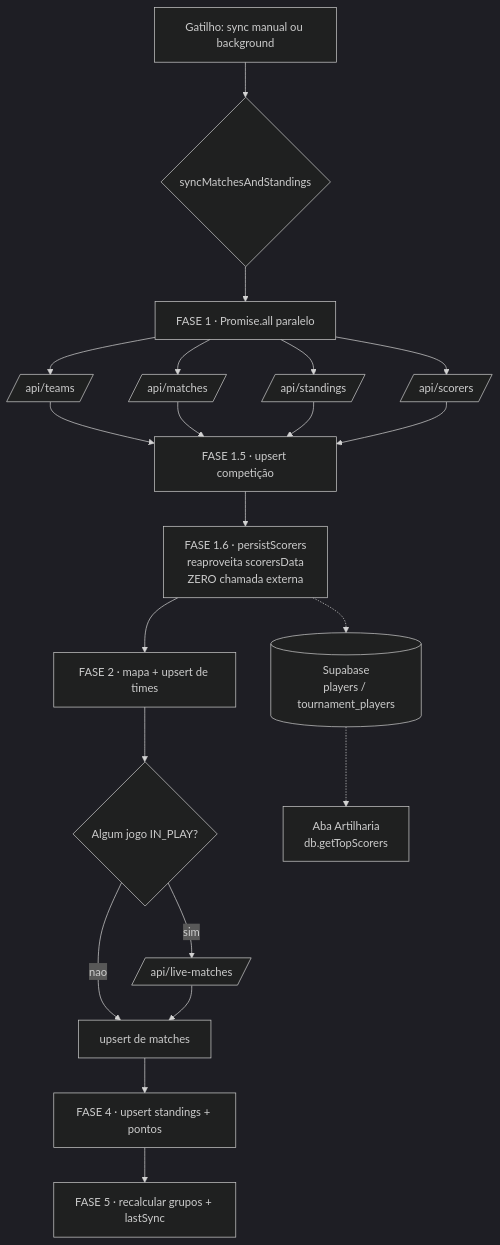
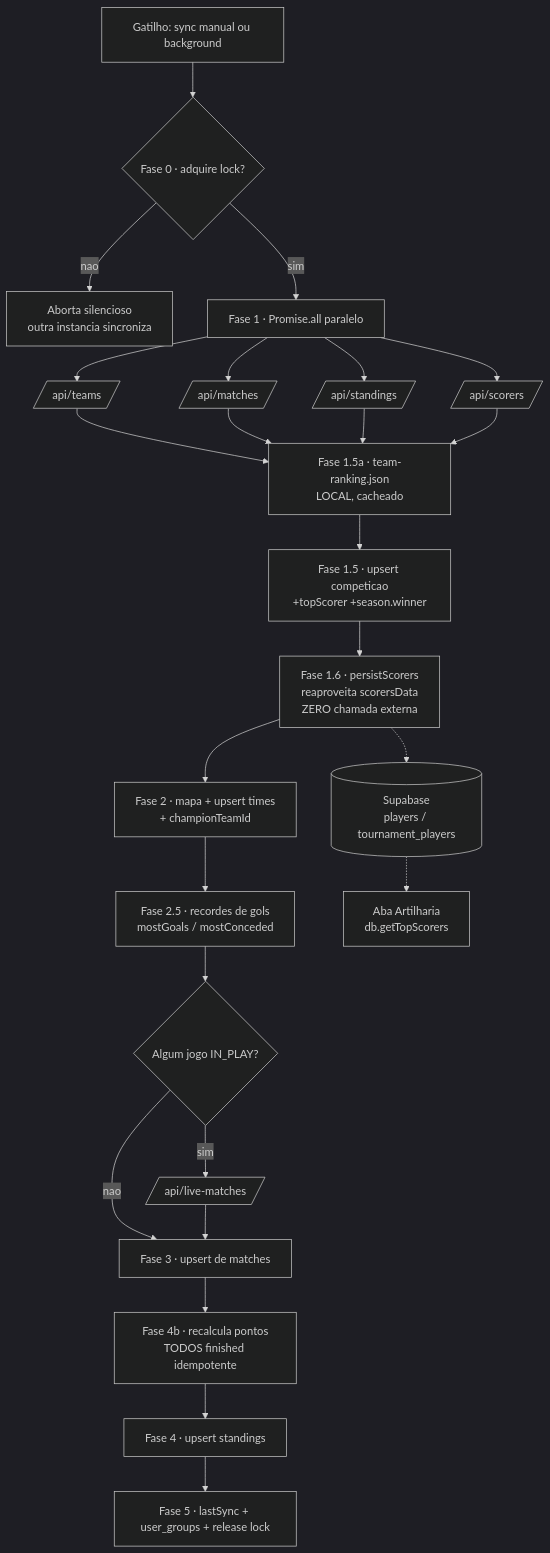
Before and after one commit to fernandofraga109/Bolao: the diagram in docs/architecture/external-api-calls.md, drawn with Mermaid (dark theme). The commit also changed other lines of this file and 2 other files, not shown here.

First line of the commit message:
docs(sync): rewrite external-api-calls spec + Supabase flow

````diff
--- a/docs/architecture/external-api-calls.md
+++ b/docs/architecture/external-api-calls.md
@@ -124,23 +140,27 @@
 ```mermaid
 flowchart TD
-    A[Gatilho: sync manual ou background] --> B{syncMatchesAndStandings}
+    A[Gatilho: sync manual ou background] --> L{Fase 0 · adquire lock?}
+    L -- nao --> X[Aborta silencioso\noutra instancia sincroniza]
+    L -- sim --> P[Fase 1 · Promise.all paralelo]
 
-    B --> P[FASE 1 · Promise.all paralelo]
     P --> T[/api/teams/]
     P --> M[/api/matches/]
     P --> S[/api/standings/]
     P --> SC[/api/scorers/]
 
-    T & M & S & SC --> C[FASE 1.5 · upsert competição]
-    C --> PS[FASE 1.6 · persistScorers\nreaproveita scorersData\nZERO chamada externa]
-    PS --> TM[FASE 2 · mapa + upsert de times]
-    TM --> MM{Algum jogo IN_PLAY?}
+    T & M & S & SC --> RK[Fase 1.5a · team-ranking.json\nLOCAL, cacheado]
+    RK --> C[Fase 1.5 · upsert competicao\n+topScorer +season.winner]
+    C --> PS[Fase 1.6 · persistScorers\nreaproveita scorersData\nZERO chamada externa]
+    PS --> TM[Fase 2 · mapa + upsert times\n+ championTeamId]
+    TM --> GR[Fase 2.5 · recordes de gols\nmostGoals / mostConceded]
+    GR --> MM{Algum jogo IN_PLAY?}
     MM -- sim --> LV[/api/live-matches/]
-    MM -- nao --> UM[upsert de matches]
+    MM -- nao --> UM[Fase 3 · upsert de matches]
     LV --> UM
-    UM --> ST[FASE 4 · upsert standings + pontos]
-    ST --> FN[FASE 5 · recalcular grupos + lastSync]
+    UM --> PT[Fase 4b · recalcula pontos\nTODOS finished idempotente]
+    PT --> ST[Fase 4 · upsert standings]
+    ST --> FN[Fase 5 · lastSync + user_groups + release lock]
 
     PS -.-> DB[(Supabase\nplayers / tournament_players)]
     DB -.-> ART[Aba Artilharia\ndb.getTopScorers]
 ```
````
